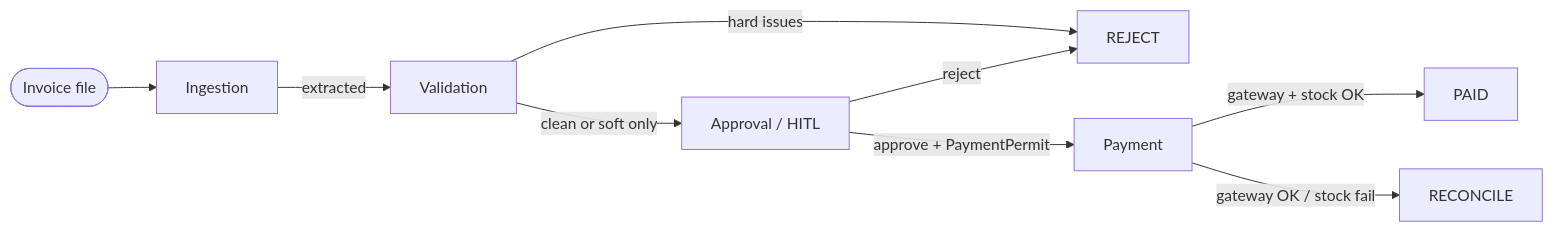
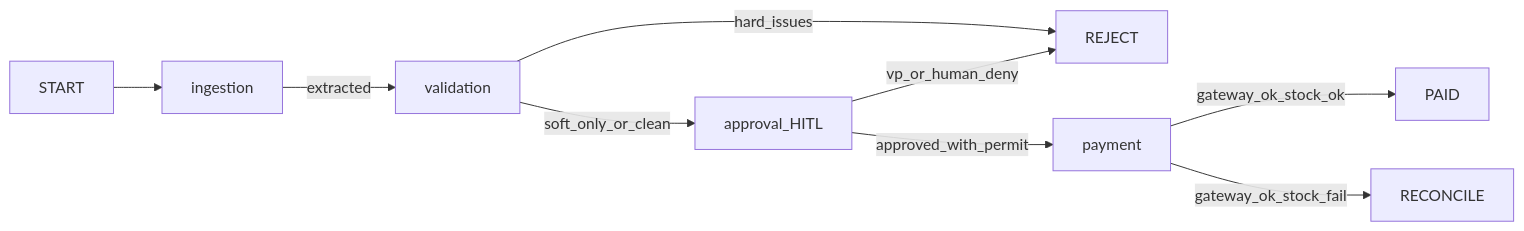
One commit to Rinnegan27/acme-invoice-system changed the diagram in README.md. Above: the diagram before and after it, drawn with Mermaid. The commit also changed other lines of this file, not shown here.

Commit message:
Docs: expand README with E2E state graph and DB decision matrix.

````diff
--- a/README.md
+++ b/README.md
@@ -371,11 +373,11 @@
 ```mermaid
 flowchart LR
-  START([Invoice file]) --> ING[Ingestion]
-  ING -->|extracted| VAL[Validation]
-  VAL -->|hard issues| REJ[REJECT]
-  VAL -->|clean or soft only| APP[Approval / HITL]
-  APP -->|reject| REJ
-  APP -->|approve + PaymentPermit| PAY[Payment]
-  PAY -->|gateway + stock OK| PAID[PAID]
-  PAY -->|gateway OK / stock fail| REC[RECONCILE]
+  START --> ING[ingestion]
+  ING -->|extracted| VAL[validation]
+  VAL -->|hard_issues| REJ[REJECT]
+  VAL -->|soft_only_or_clean| APP[approval_HITL]
+  APP -->|vp_or_human_deny| REJ
+  APP -->|approved_with_permit| PAY[payment]
+  PAY -->|gateway_ok_stock_ok| PAID[PAID]
+  PAY -->|gateway_ok_stock_fail| REC[RECONCILE]
 ```
````
